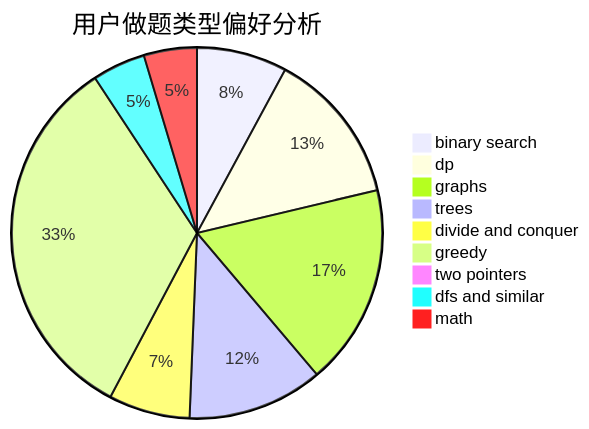
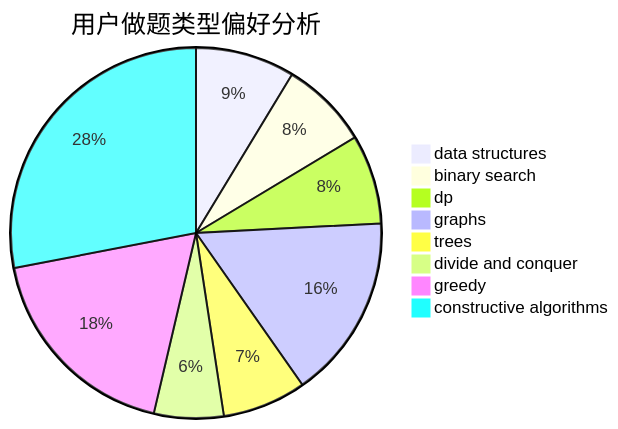
Before and after one commit to sherpahu/cfrs.github.io: the second of 3 diagrams in docs/user/u165.md, drawn with Mermaid. The commit also changed other lines of this file and 2775 other files, not shown here.

````diff
--- a/docs/user/u165.md
+++ b/docs/user/u165.md
@@ -23,12 +23,11 @@
 ```mermaid
 pie title 用户做题类型偏好分析
+    "data structures" :  90
     "binary search" :  80
-    "dp" :  136
-    "graphs" :  178
-    "trees" :  120
-    "divide and conquer" :  72
-    "greedy" :  335
-    "two pointers" :  4
-    "dfs and similar" :  47
-    "math" :  47
+    "dp" :  81
+    "graphs" :  167
+    "trees" :  76
+    "divide and conquer" :  63
+    "greedy" :  190
+    "constructive algorithms" :  291
 ```
````
